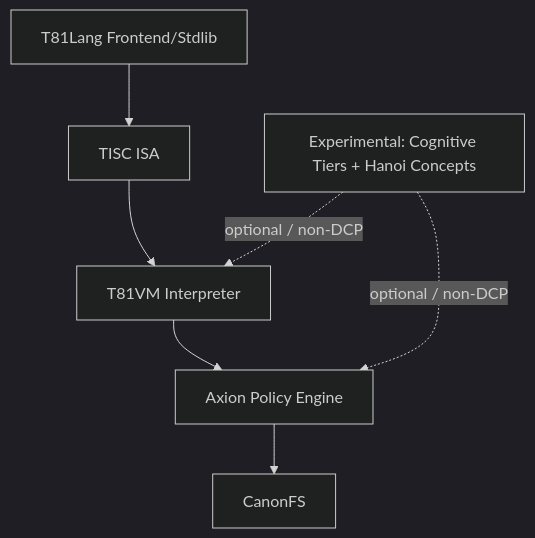
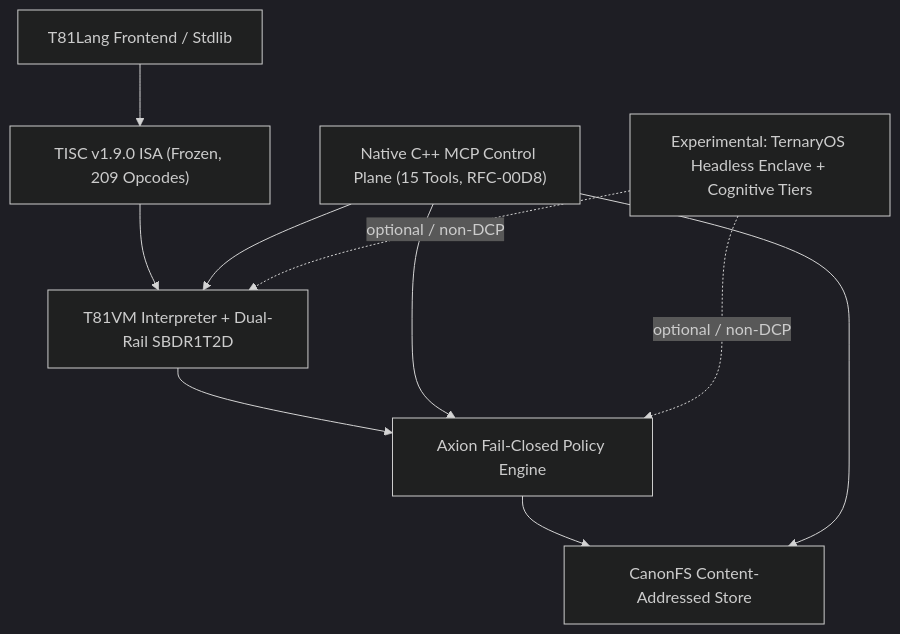
Before and after one commit to t81dev/t81-foundation: the first of 2 diagrams in docs/architecture/OVERVIEW.md, drawn with Mermaid (dark theme). The commit also changed other lines of this file and 1 other file, not shown here.

Commit message:
docs(architecture): update README and OVERVIEW to reflect v2.2.0 coexistence runtime, MCP control plane, and bounded claims

````diff
--- a/docs/architecture/OVERVIEW.md
+++ b/docs/architecture/OVERVIEW.md
@@ -20,13 +20,17 @@
 ```mermaid
 flowchart TD
-    L[T81Lang Frontend/Stdlib]
-    I[TISC ISA]
-    V[T81VM Interpreter]
-    A[Axion Policy Engine]
-    C[CanonFS]
-    X[Experimental: Cognitive Tiers + Hanoi Concepts]
+    L["T81Lang Frontend / Stdlib"]
+    I["TISC v1.9.0 ISA (Frozen, 209 Opcodes)"]
+    V["T81VM Interpreter + Dual-Rail SBDR1T2D"]
+    A["Axion Fail-Closed Policy Engine"]
+    C["CanonFS Content-Addressed Store"]
+    M["Native C++ MCP Control Plane (15 Tools, RFC-00D8)"]
+    E["Experimental: TernaryOS Headless Enclave + Cognitive Tiers"]
 
     L --> I --> V --> A --> C
-    X -. optional / non-DCP .-> V
-    X -. optional / non-DCP .-> A
+    M --> A
+    M --> V
+    M --> C
+    E -. "optional / non-DCP" .-> V
+    E -. "optional / non-DCP" .-> A
 ```
````
